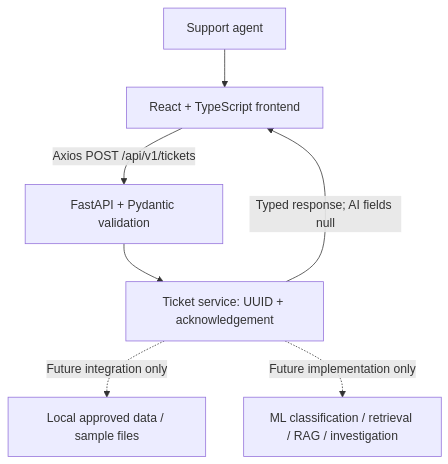
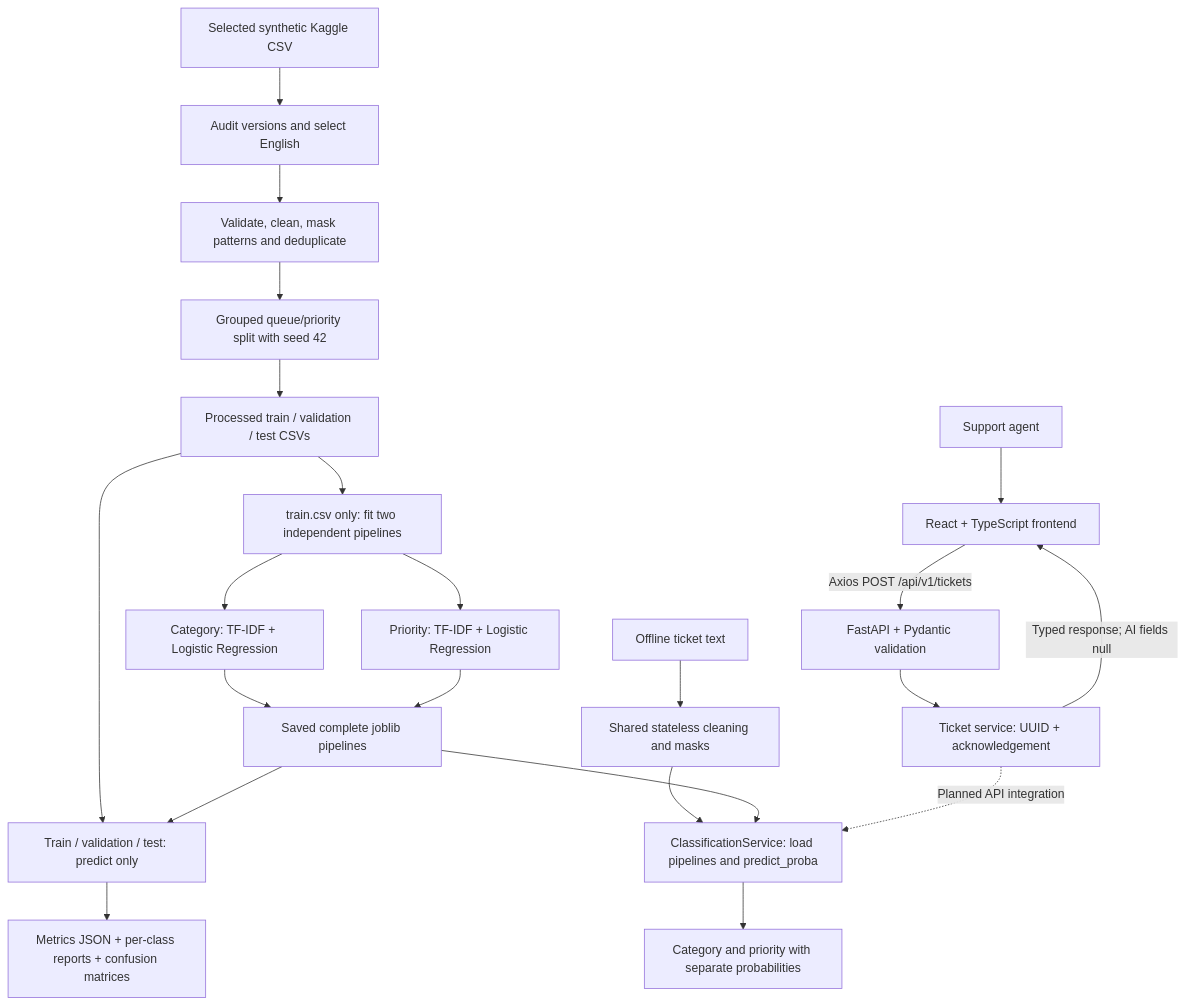
The diagram in docs/architecture.md (vishaltelukoti/AI-Customer-Support-Assistant), drawn with Mermaid before and after one commit. The commit also changed other lines of this file and 28 other files, not shown here.

Commit message:
Enhance dataset documentation and validation records; complete Day 2 ML integration

````diff
--- a/docs/architecture.md
+++ b/docs/architecture.md
@@ -3,9 +3,24 @@
 ```mermaid
 flowchart TD
     User[Support agent] --> Frontend[React + TypeScript frontend]
     Frontend -->|Axios POST /api/v1/tickets| API[FastAPI + Pydantic validation]
     API --> Service[Ticket service: UUID + acknowledgement]
     Service -->|Typed response; AI fields null| Frontend
-    Service -. Future integration only .-> Data[Local approved data / sample files]
-    Service -. Future implementation only .-> AI[ML classification / retrieval / RAG / investigation]
+    Raw[Selected synthetic Kaggle CSV] --> English[Audit versions and select English]
+    English --> Clean[Validate, clean, mask patterns and deduplicate]
+    Clean --> Split[Grouped queue/priority split with seed 42]
+    Split --> Data[Processed train / validation / test CSVs]
+    Data --> Train[train.csv only: fit two independent pipelines]
+    Train --> Category[Category: TF-IDF + Logistic Regression]
+    Train --> Priority[Priority: TF-IDF + Logistic Regression]
+    Category --> Artifacts[Saved complete joblib pipelines]
+    Priority --> Artifacts
+    Data --> Evaluate[Train / validation / test: predict only]
+    Artifacts --> Evaluate
+    Evaluate --> Reports[Metrics JSON + per-class reports + confusion matrices]
+    Ticket[Offline ticket text] --> Prepare[Shared stateless cleaning and masks]
+    Prepare --> Inference[ClassificationService: load pipelines and predict_proba]
+    Artifacts --> Inference
+    Inference --> Predictions[Category and priority with separate probabilities]
+    Service -. Planned API integration .-> Inference
 ```
````
